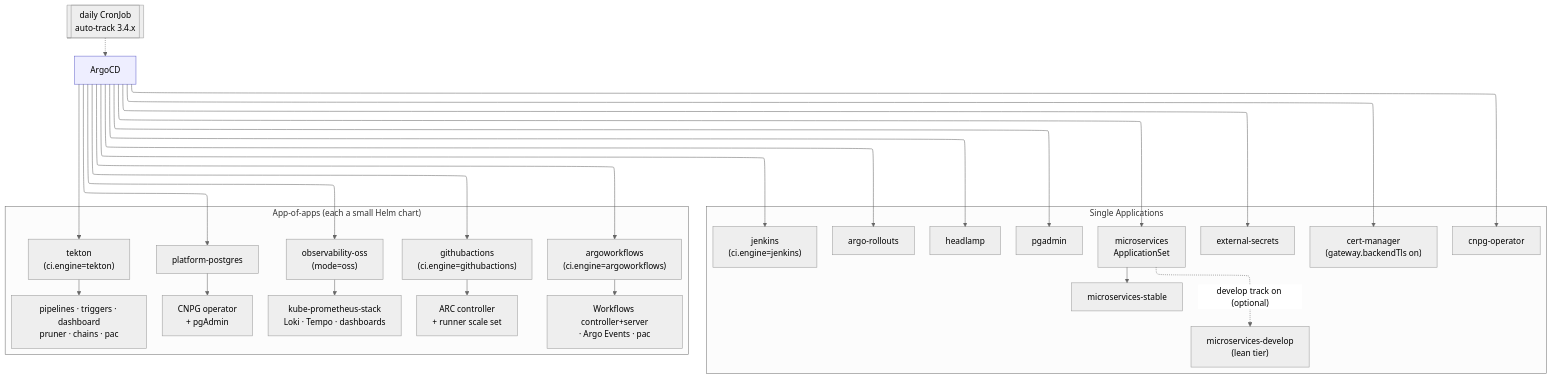
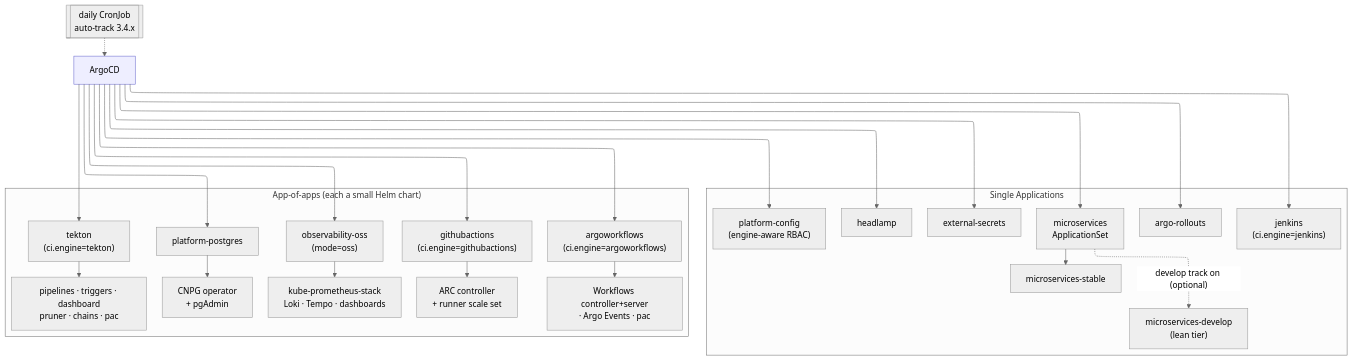
The second of 12 diagrams in docs/501-PLATFORM_OPERATIONS.md (nubenetes/jenkins-2026), drawn with Mermaid (neutral theme) before and after one commit. The commit also changed other lines of this file and 48 other files, not shown here.

````diff
--- a/docs/501-PLATFORM_OPERATIONS.md
+++ b/docs/501-PLATFORM_OPERATIONS.md
@@ -98,35 +100,33 @@
 ```mermaid
 ---
 config:
   layout: elk
 ---
 flowchart TB
   argocd[ArgoCD]:::root
 
   subgraph single["Single Applications"]
     direction TB
     appset["microservices<br/>ApplicationSet"] --> msstable[microservices-stable]
     appset -. "develop track on (optional)" .-> msdev["microservices-develop<br/>(lean tier)"]
     headlamp[headlamp]
-    pgadmin[pgadmin]
-    cnpg[cnpg-operator]
     eso[external-secrets]
     jenkins["jenkins<br/>(ci.engine=jenkins)"]
     rollouts[argo-rollouts]
-    certmgr["cert-manager<br/>(gateway.backendTls on)"]
+    pcfg["platform-config<br/>(engine-aware RBAC)"]
   end
 
   subgraph aoa["App-of-apps (each a small Helm chart)"]
     direction TB
     pp["platform-postgres"] --> ppc["CNPG operator<br/>+ pgAdmin"]
     oss["observability-oss<br/>(mode=oss)"] --> ossc["kube-prometheus-stack<br/>Loki · Tempo · dashboards"]
     tk["tekton<br/>(ci.engine=tekton)"] --> tkc["pipelines · triggers · dashboard<br/>pruner · chains · pac"]
     gha["githubactions<br/>(ci.engine=githubactions)"] --> ghac["ARC controller<br/>+ runner scale set"]
     awf["argoworkflows<br/>(ci.engine=argoworkflows)"] --> awfc["Workflows controller+server<br/>· Argo Events · pac"]
   end
 
-  argocd --> appset & headlamp & pgadmin & cnpg & eso & jenkins & rollouts & certmgr
+  argocd --> appset & headlamp & eso & jenkins & rollouts & pcfg
   argocd --> pp & oss & tk & gha & awf
   watcher[[daily CronJob<br/>auto-track 3.4.x]] -.-> argocd
   classDef root fill:#eef,stroke:#66c;
 ```
````
